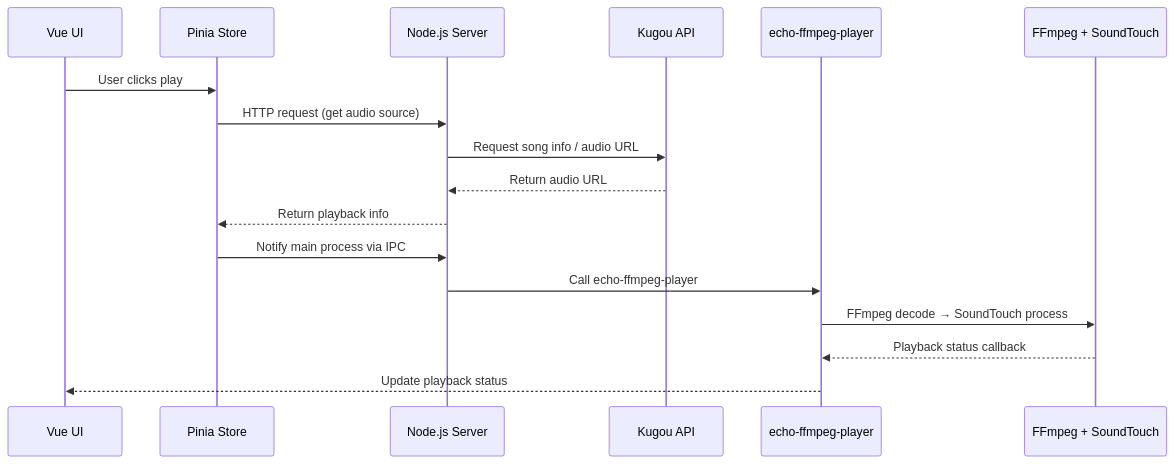
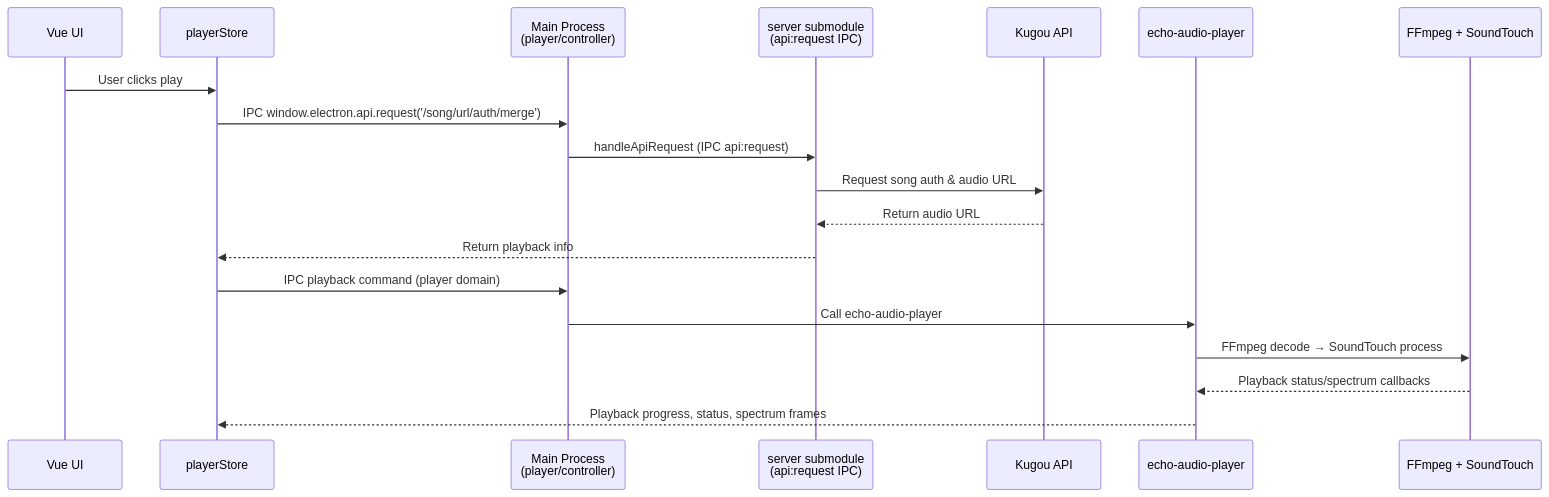
One commit to yaoyaoprincess/EchoMusic-docs changed the second of 4 diagrams in docs/en/develop/architecture.md. Above: the diagram before and after it, drawn with Mermaid. The commit also changed other lines of this file and 25 other files, not shown here.

````diff
--- a/docs/en/develop/architecture.md
+++ b/docs/en/develop/architecture.md
@@ -54,20 +73,22 @@
 ```mermaid
 sequenceDiagram
     participant UI as Vue UI
-    participant Pinia as Pinia Store
-    participant Server as Node.js Server
-    participant API as Kugou API
-    participant Rust as echo-ffmpeg-player
+    participant Store as playerStore
+    participant Main as Main Process<br/>(player/controller)
+    participant API as server submodule<br/>(api:request IPC)
+    participant Kugou as Kugou API
+    participant Rust as echo-audio-player
     participant FFmpeg as FFmpeg + SoundTouch
 
-    UI->>Pinia: User clicks play
-    Pinia->>Server: HTTP request (get audio source)
-    Server->>API: Request song info / audio URL
-    API-->>Server: Return audio URL
-    Server-->>Pinia: Return playback info
-    Pinia->>Server: Notify main process via IPC
-    Server->>Rust: Call echo-ffmpeg-player
+    UI->>Store: User clicks play
+    Store->>Main: IPC window.electron.api.request('/song/url/auth/merge')
+    Main->>API: handleApiRequest (IPC api:request)
+    API->>Kugou: Request song auth & audio URL
+    Kugou-->>API: Return audio URL
+    API-->>Store: Return playback info
+    Store->>Main: IPC playback command (player domain)
+    Main->>Rust: Call echo-audio-player
     Rust->>FFmpeg: FFmpeg decode → SoundTouch process
-    FFmpeg-->>Rust: Playback status callback
-    Rust-->>UI: Update playback status
+    FFmpeg-->>Rust: Playback status/spectrum callbacks
+    Rust-->>Store: Playback progress, status, spectrum frames
 ```
````
